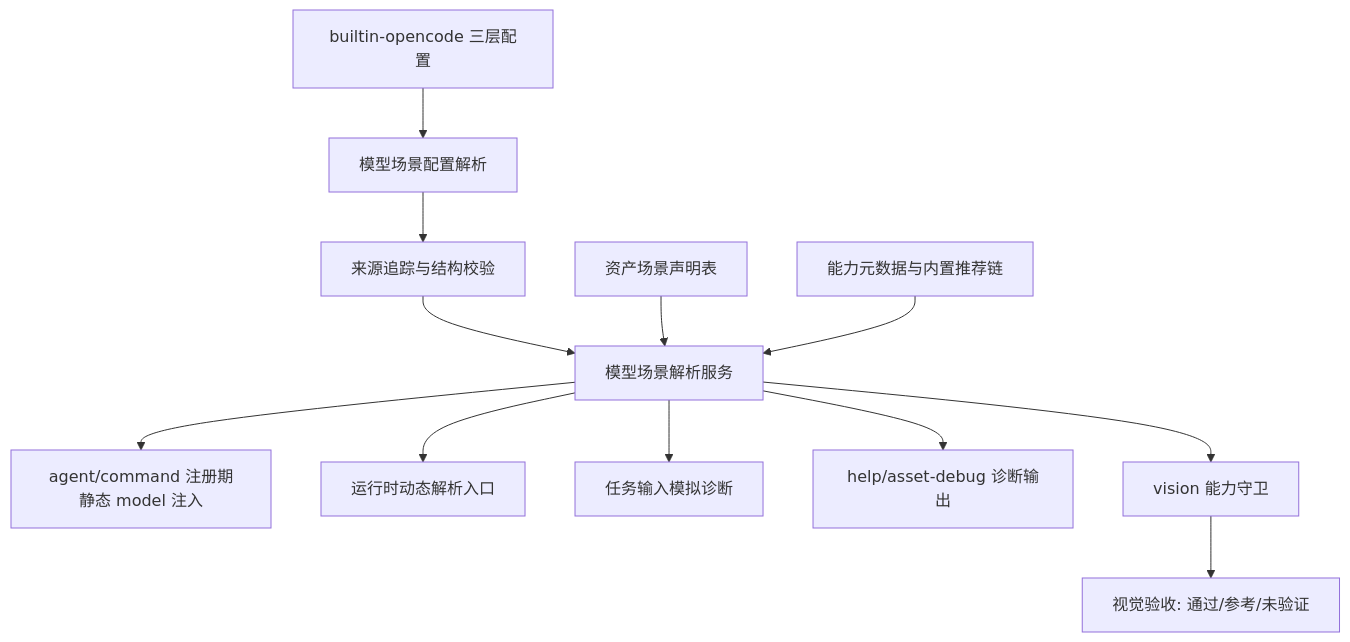
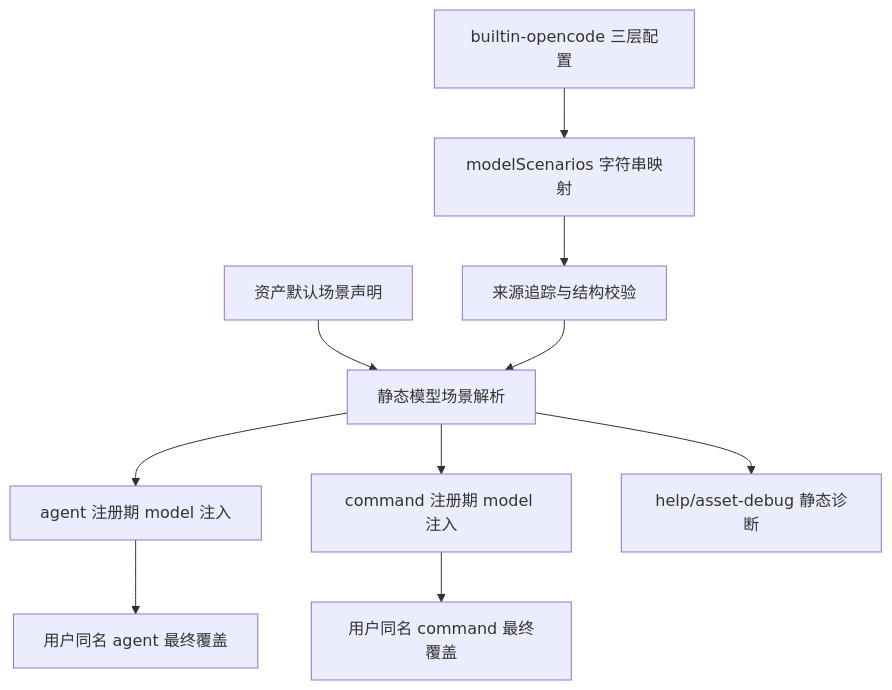
Before and after one commit to jiangqiang1996/AI-Agent-Engine: the diagram in docs/ae/plans/2026-05-05-001-feature-model-scenario-routing-plan.md, drawn with Mermaid. The commit also changed other lines of this file and 34 other files, not shown here.

````diff
--- a/docs/ae/plans/2026-05-05-001-feature-model-scenario-routing-plan.md
+++ b/docs/ae/plans/2026-05-05-001-feature-model-scenario-routing-plan.md
@@ -42,14 +66,12 @@
 ```mermaid
 flowchart TD
-  A[builtin-opencode 三层配置] --> B[模型场景配置解析]
+  A[builtin-opencode 三层配置] --> B[modelScenarios 字符串映射]
   B --> C[来源追踪与结构校验]
-  C --> D[模型场景解析服务]
-  E[资产场景声明表] --> D
-  F[能力元数据与内置推荐链] --> D
-  D --> G[agent/command 注册期静态 model 注入]
-  D --> H[运行时动态解析入口]
-  D --> L[任务输入模拟诊断]
-  D --> I[help/asset-debug 诊断输出]
-  D --> J[vision 能力守卫]
-  J --> K[视觉验收: 通过/参考/未验证]
+  D[资产默认场景声明] --> E[静态模型场景解析]
+  C --> E
+  E --> F[agent 注册期 model 注入]
+  E --> G[command 注册期 model 注入]
+  E --> H[help/asset-debug 静态诊断]
+  F --> I[用户同名 agent 最终覆盖]
+  G --> J[用户同名 command 最终覆盖]
 ```
````
